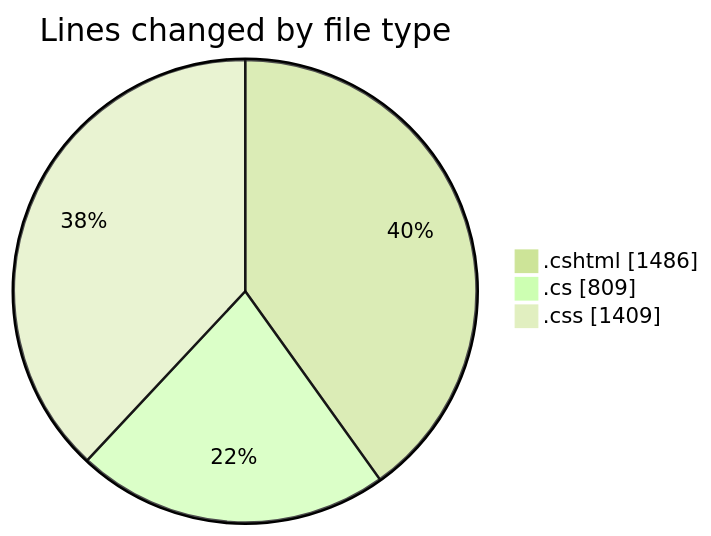
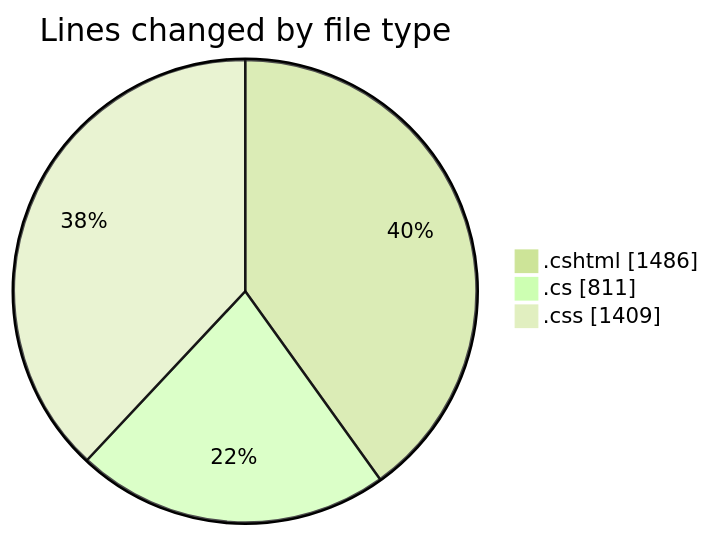
Before and after one commit to lephambinh05/code-tracking: the first of 2 diagrams in 2025-07-18/nhahang/README.md, drawn with Mermaid (forest theme). The commit also changed other lines of this file and 1 other file, not shown here.

````diff
--- a/2025-07-18/nhahang/README.md
+++ b/2025-07-18/nhahang/README.md
@@ -45,7 +45,7 @@
 ```mermaid
 pie showData
 title Lines changed by file type
 ".cshtml" : 1486
-".cs" : 809
+".cs" : 811
 ".css" : 1409
 ```
````
